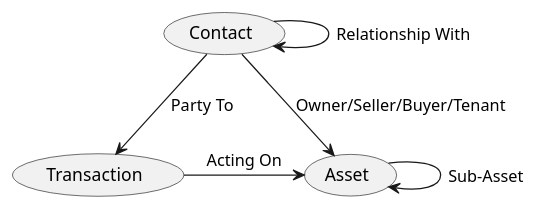
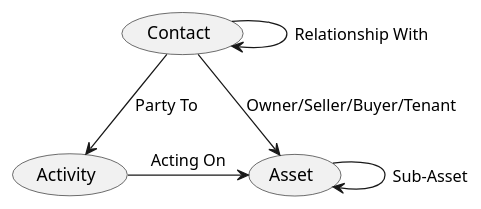
One commit to Kf-GaryNewport/Kf-GaryNewport.github.io changed the diagram in assets/RealEstate/Home.puml. Above: the diagram before and after it, drawn with PlantUML. The commit also changed 1 other file, not shown here.

```diff
--- a/assets/RealEstate/Home.puml
+++ b/assets/RealEstate/Home.puml
@@ -1,10 +1,10 @@
 @startuml Real Estate
 
-(Contact) --> (Transaction) : Party To
+(Contact) --> (Activity) : Party To
 (Contact) --> (Asset) : Owner/Seller/Buyer/Tenant
-(Transaction) -> (Asset) : Acting On
+(Activity) -> (Asset) : Acting On
 
 (Contact) -> (Contact) : Relationship With
 (Asset) -> (Asset) : Sub-Asset
 
 @enduml
```
